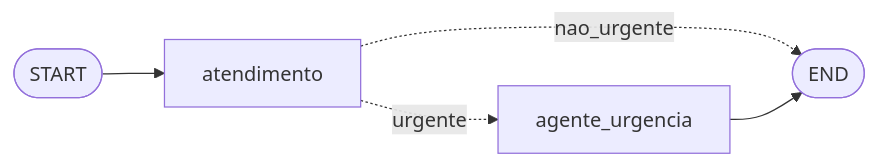
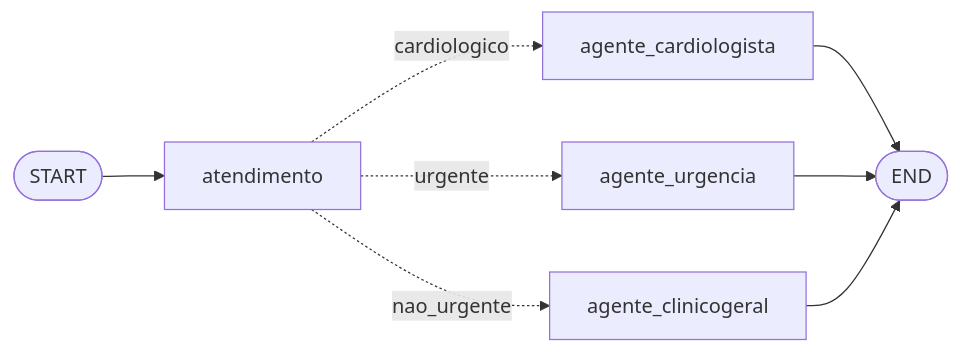
Before and after one commit to ivestulio/susia: the diagram in README.md, drawn with Mermaid. The commit also changed other lines of this file and 10 other files, not shown here.

First line of the commit message:
feat(agent): Passo 04: agente_clinicogeral para os casos nao urgentes

````diff
--- a/README.md
+++ b/README.md
@@ -16,7 +17,10 @@
 ```mermaid
 graph LR
     START([START]) --> atendimento
+    atendimento -. cardiologico .-> agente_cardiologista
     atendimento -. urgente .-> agente_urgencia
-    atendimento -. nao_urgente .-> FIM([END])
+    atendimento -. nao_urgente .-> agente_clinicogeral
+    agente_cardiologista --> FIM([END])
     agente_urgencia --> FIM
+    agente_clinicogeral --> FIM
 ```
````
